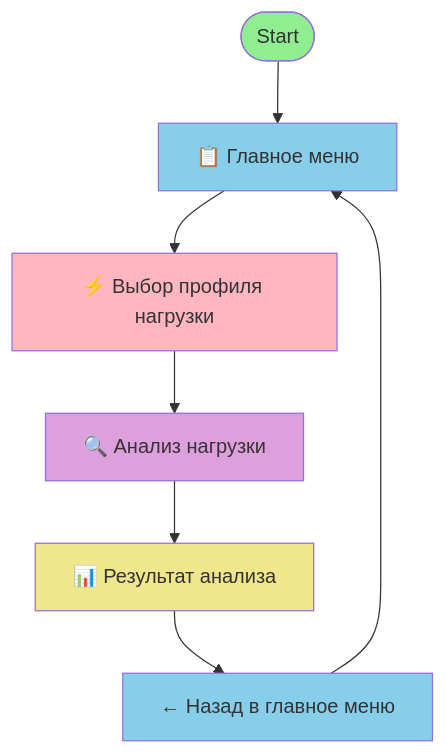
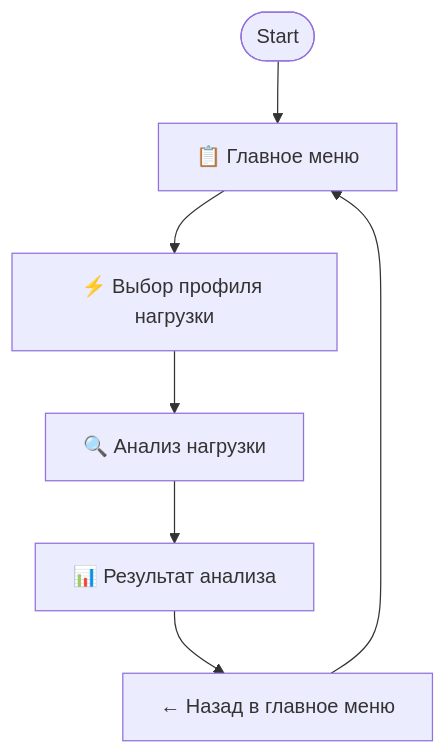
The diagram in tg_bot/README.md (Furlos/SorryFast), drawn with Mermaid before and after one commit. The commit also changed other lines of this file, not shown here.

````diff
--- a/tg_bot/README.md
+++ b/tg_bot/README.md
@@ -46,16 +25,9 @@
 ```mermaid
 graph TB
     Start([Start]) --> Menu["📋 Главное меню"]
     Menu --> LoadProfile["⚡ Выбор профиля нагрузки"]
     LoadProfile --> Analysis["🔍 Анализ нагрузки"]
     Analysis --> Result["📊 Результат анализа"]
     Result --> Menu2["← Назад в главное меню"]
     Menu2 --> Menu
-    
-    style Start fill:#90EE90
-    style Menu fill:#87CEEB
-    style LoadProfile fill:#FFB6C1
-    style Analysis fill:#DDA0DD
-    style Result fill:#F0E68C
-    style Menu2 fill:#87CEEB
 ```
````
